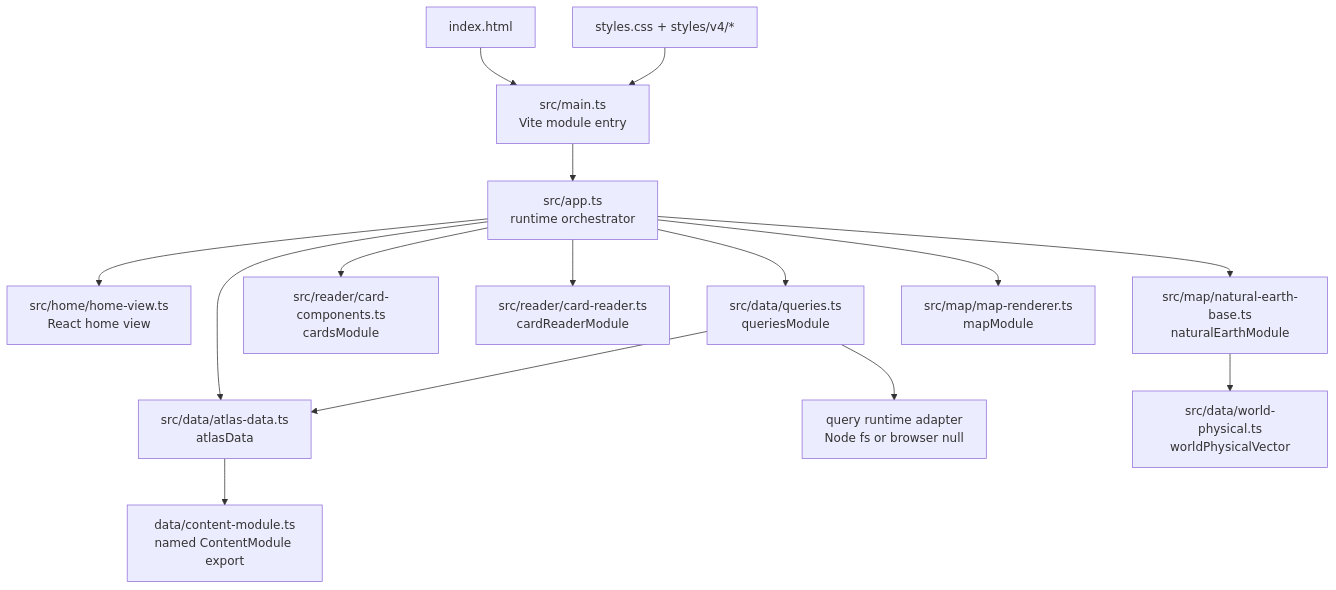
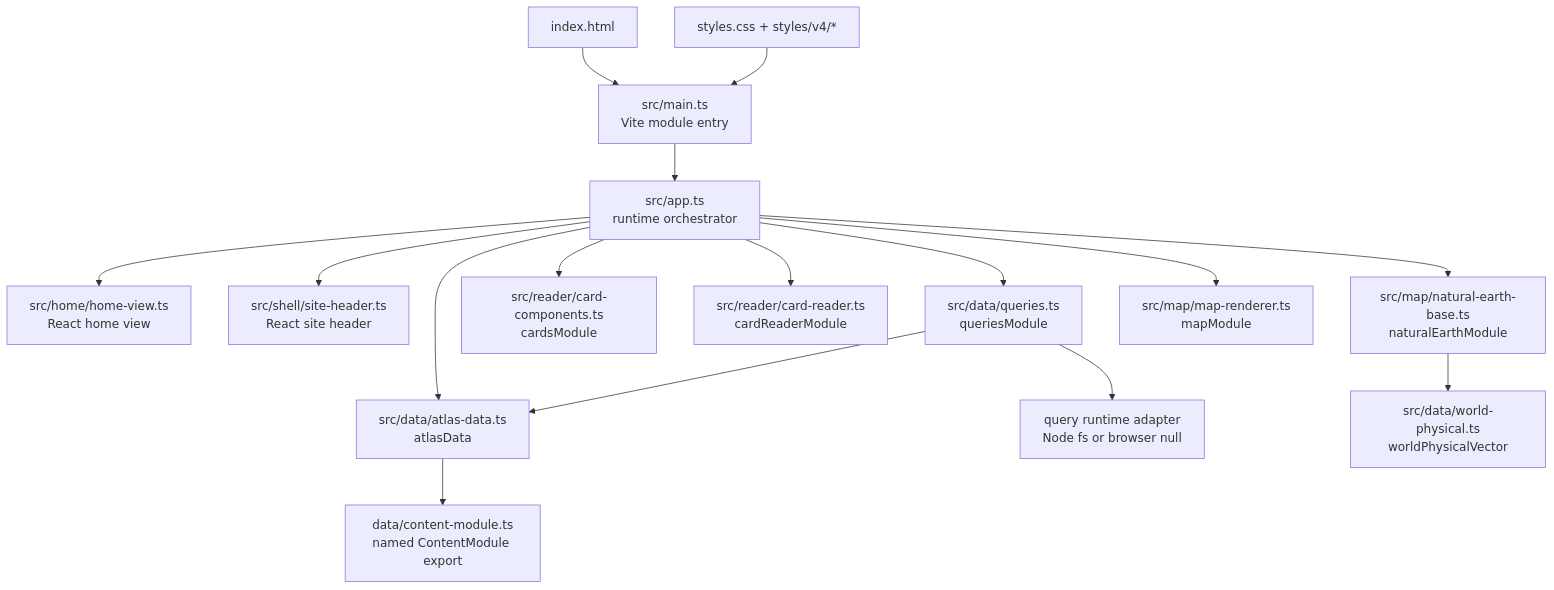
Before and after one commit to jiaxun-li/civilization-wander: the first of 4 diagrams in docs/ARCHITECTURE_AND_DATA_MODEL.md, drawn with Mermaid. The commit also changed other lines of this file and 6 other files, not shown here.

Commit message:
Migrate site header to React

````diff
--- a/docs/ARCHITECTURE_AND_DATA_MODEL.md
+++ b/docs/ARCHITECTURE_AND_DATA_MODEL.md
@@ -33,17 +33,18 @@
 ```mermaid
 flowchart TD
     HTML["index.html"] --> ENTRY["src/main.ts\nVite module entry"]
     ENTRY --> A["src/app.ts\nruntime orchestrator"]
     A --> H["src/home/home-view.ts\nReact home view"]
+    A --> SH["src/shell/site-header.ts\nReact site header"]
     A --> D["src/data/atlas-data.ts\natlasData"]
     D --> CM["data/content-module.ts\nnamed ContentModule export"]
     Q["src/data/queries.ts\nqueriesModule"] --> D
     Q --> N["query runtime adapter\nNode fs or browser null"]
     A --> Q
     A --> C["src/reader/card-components.ts\ncardsModule"]
     A --> R["src/reader/card-reader.ts\ncardReaderModule"]
     A --> B["src/map/natural-earth-base.ts\nnaturalEarthModule"]
     B --> WP["src/data/world-physical.ts\nworldPhysicalVector"]
     A --> M["src/map/map-renderer.ts\nmapModule"]
     CSS["styles.css + styles/v4/*"] --> ENTRY
 ```
````
